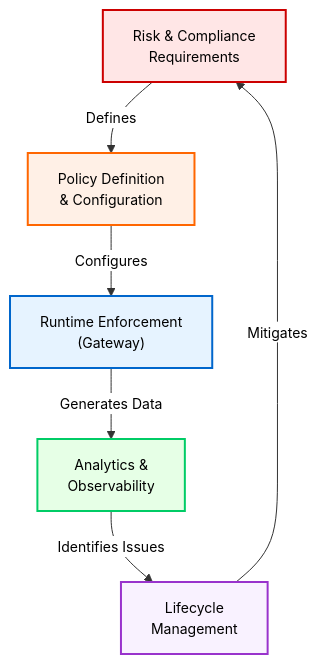
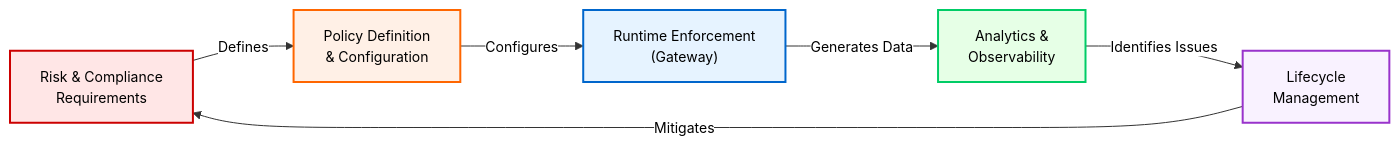
Before and after one commit to barbecuesteve/api-governance: the second of 2 diagrams in build-from-scratch/README.md, drawn with Mermaid.

Commit message:
TD -> LR

```diff
--- a/build-from-scratch/README.md
+++ b/build-from-scratch/README.md
@@ -160,21 +160,21 @@
 <pre class="mermaid">
 %%{init: {'theme':'base', 'themeVariables': { 'primaryColor':'#fff','primaryTextColor':'#000','primaryBorderColor':'#000','lineColor':'#333','fontSize':'14px'}}}%%
-flowchart TD
+flowchart LR
     Risk["Risk & Compliance<br/>Requirements"]
     Policy["Policy Definition<br/>& Configuration"]
     Enforcement["Runtime Enforcement<br/>(Gateway)"]
     Analytics["Analytics &<br/>Observability"]
     Lifecycle["Lifecycle<br/>Management"]
 
     Risk -->|Defines| Policy
     Policy -->|Configures| Enforcement
     Enforcement -->|Generates Data| Analytics
     Analytics -->|Identifies Issues| Lifecycle
     Lifecycle -->|Mitigates| Risk
 
     style Risk fill:#ffe6e6,stroke:#cc0000,stroke-width:2px
     style Policy fill:#fff0e6,stroke:#ff6600,stroke-width:2px
     style Enforcement fill:#e6f3ff,stroke:#0066cc,stroke-width:2px
     style Analytics fill:#e6ffe6,stroke:#00cc66,stroke-width:2px
     style Lifecycle fill:#f9f2ff,stroke:#9933cc,stroke-width:2px
 </pre>
```
